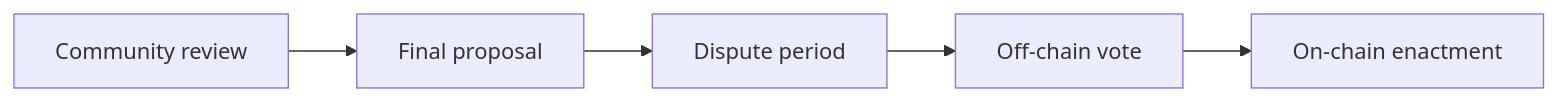
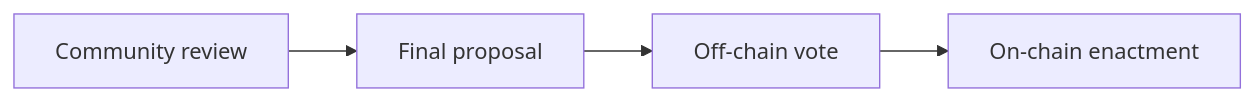
The first of 2 diagrams in GOVERNANCE.md (nation3/gov), drawn with Mermaid before and after one commit. The commit also changed other lines of this file, not shown here.

Commit message:
Removing dispute period for now

````diff
--- a/GOVERNANCE.md
+++ b/GOVERNANCE.md
@@ -17,7 +17,6 @@
 ```mermaid
 flowchart LR
   REVIEW[Community review] --> FINAL[Final proposal]
-  FINAL --> DISPUTE[Dispute period]
-  DISPUTE --> OFFVOTE[Off-chain vote]
+  FINAL --> OFFVOTE[Off-chain vote]
   OFFVOTE --> ONVOTE[On-chain enactment]
 ```
````
